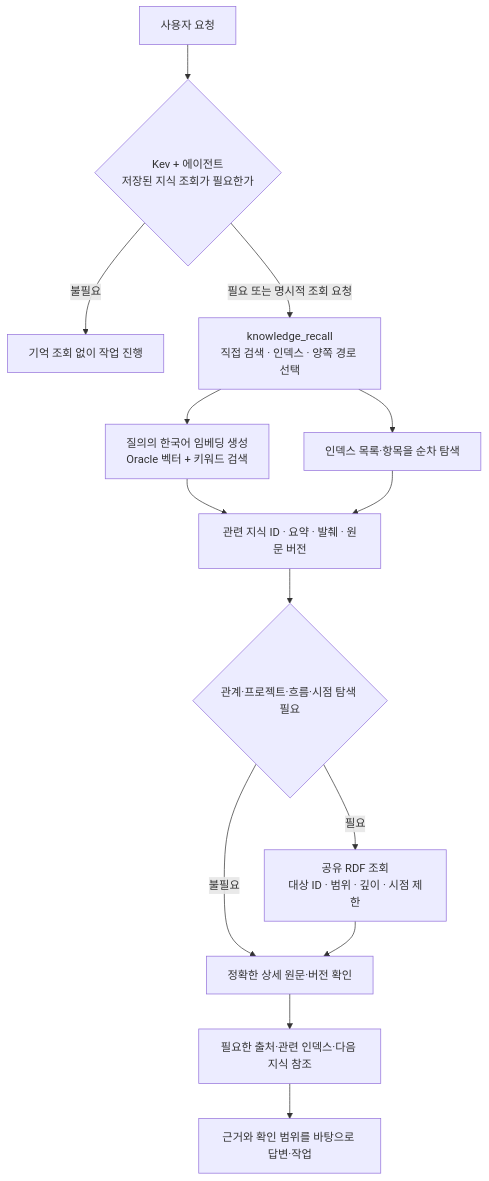
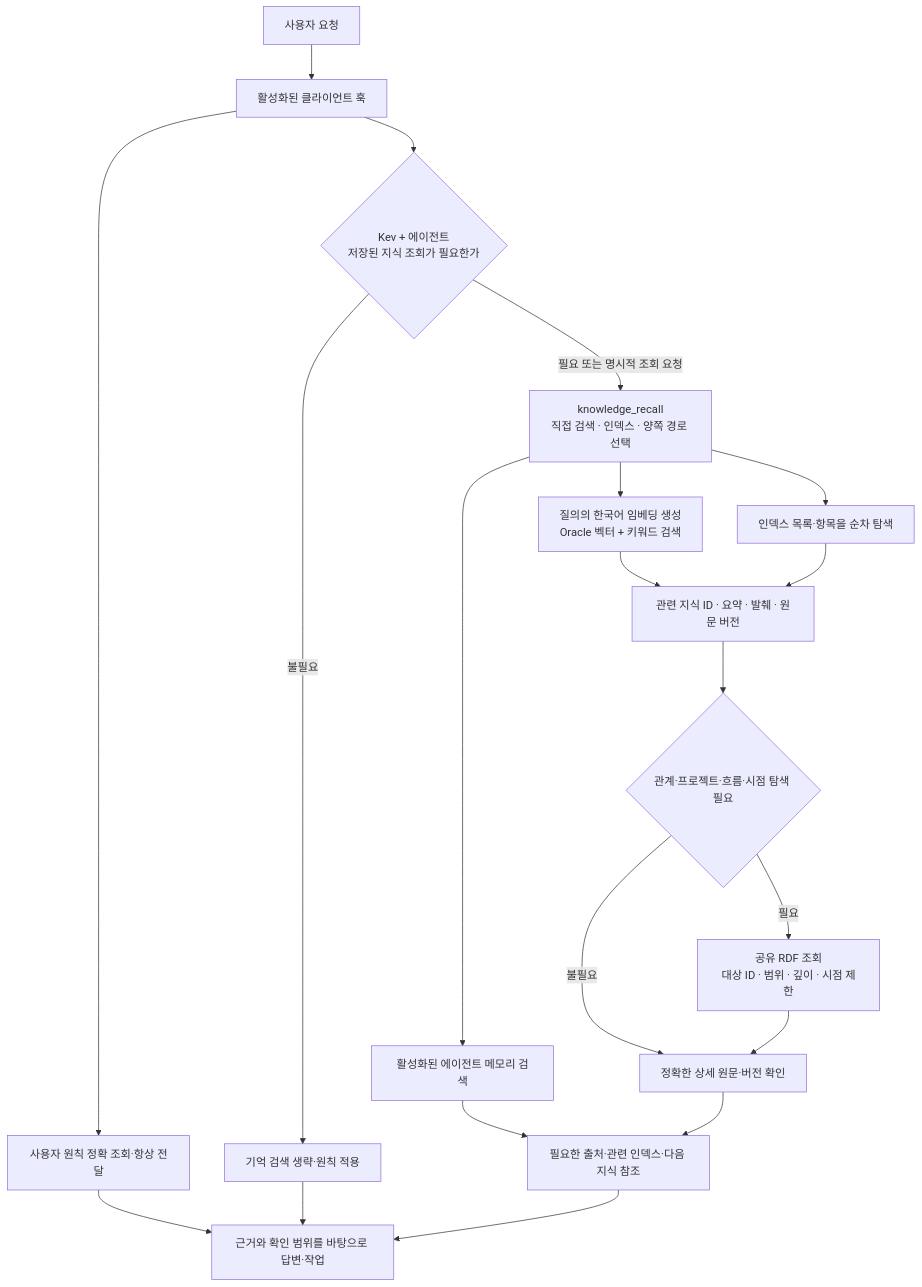
Before and after one commit to devmrko/adb-agent-knowledge: the fifth of 6 diagrams in docs/guides/storage-retrieval-flow.md, drawn with Mermaid. The commit also changed other lines of this file and 2 other files, not shown here.

Commit message:
docs: align workflows with principles agent memory and business knowledge

````diff
--- a/docs/guides/storage-retrieval-flow.md
+++ b/docs/guides/storage-retrieval-flow.md
@@ -109,16 +120,22 @@
 ```mermaid
 flowchart TD
-    Request["사용자 요청"] --> Need{"Kev + 에이전트<br/>저장된 지식 조회가 필요한가"}
-    Need -->|불필요| Direct["기억 조회 없이 작업 진행"]
+    Request["사용자 요청"] --> Hook["활성화된 클라이언트 훅"]
+    Hook --> Principles["사용자 원칙 정확 조회·항상 전달"]
+    Principles --> Answer
+    Hook --> Need{"Kev + 에이전트<br/>저장된 지식 조회가 필요한가"}
+    Need -->|불필요| Direct["기억 검색 생략·원칙 적용"]
+    Direct --> Answer
     Need -->|필요 또는 명시적 조회 요청| Recall["knowledge_recall<br/>직접 검색 · 인덱스 · 양쪽 경로 선택"]
+    Recall --> Memory["활성화된 에이전트 메모리 검색"]
+    Memory --> References
     Recall --> Vector["질의의 한국어 임베딩 생성<br/>Oracle 벡터 + 키워드 검색"]
     Recall --> Index["인덱스 목록·항목을 순차 탐색"]
     Vector --> Results["관련 지식 ID · 요약 · 발췌 · 원문 버전"]
     Index --> Results
     Results --> GraphDecision{"관계·프로젝트·흐름·시점 탐색 필요"}
     GraphDecision -->|필요| Graph["공유 RDF 조회<br/>대상 ID · 범위 · 깊이 · 시점 제한"]
     GraphDecision -->|불필요| Exact["정확한 상세 원문·버전 확인"]
     Graph --> Exact
     Exact --> References["필요한 출처·관련 인덱스·다음 지식 참조"]
     References --> Answer["근거와 확인 범위를 바탕으로 답변·작업"]
 ```
````
